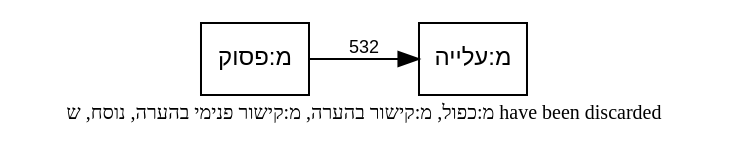
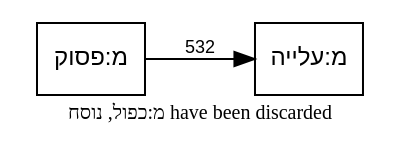
One commit to bdenckla/MAM-basics changed the diagram in out/tmpl-survey-plain/plain-call-graph-d.dot. Above: the diagram before and after it, drawn with Graphviz. The commit also changed 12 other files, not shown here.

```diff
--- a/out/tmpl-survey-plain/plain-call-graph-d.dot
+++ b/out/tmpl-survey-plain/plain-call-graph-d.dot
@@ -1,17 +1,17 @@
 // This file was generated by MAM-basics/py/main_tmpl_survey.py.
 // Do not edit by hand.
 digraph template_call_graph {
     rankdir=LR;
     node [fontname="SBL Hebrew,Helvetica", fontsize=12];
     edge [fontname="Helvetica", fontsize=9];
     graph [comment="This file was generated by MAM-basics/py/main_tmpl_survey.py."];
 
     // Template nodes
     node [shape=box, style=""];
 
     // Note
-    graph [label="מ:כפול, מ:קישור בהערה, מ:קישור פנימי בהערה, נוסח, ש have been discarded", labelloc=b, fontsize=10];
+    graph [label="מ:כפול, נוסח have been discarded", labelloc=b, fontsize=10];
 
     // Edges
     "מ:פסוק" -> "מ:עלייה" [label="532"];
 }
```
